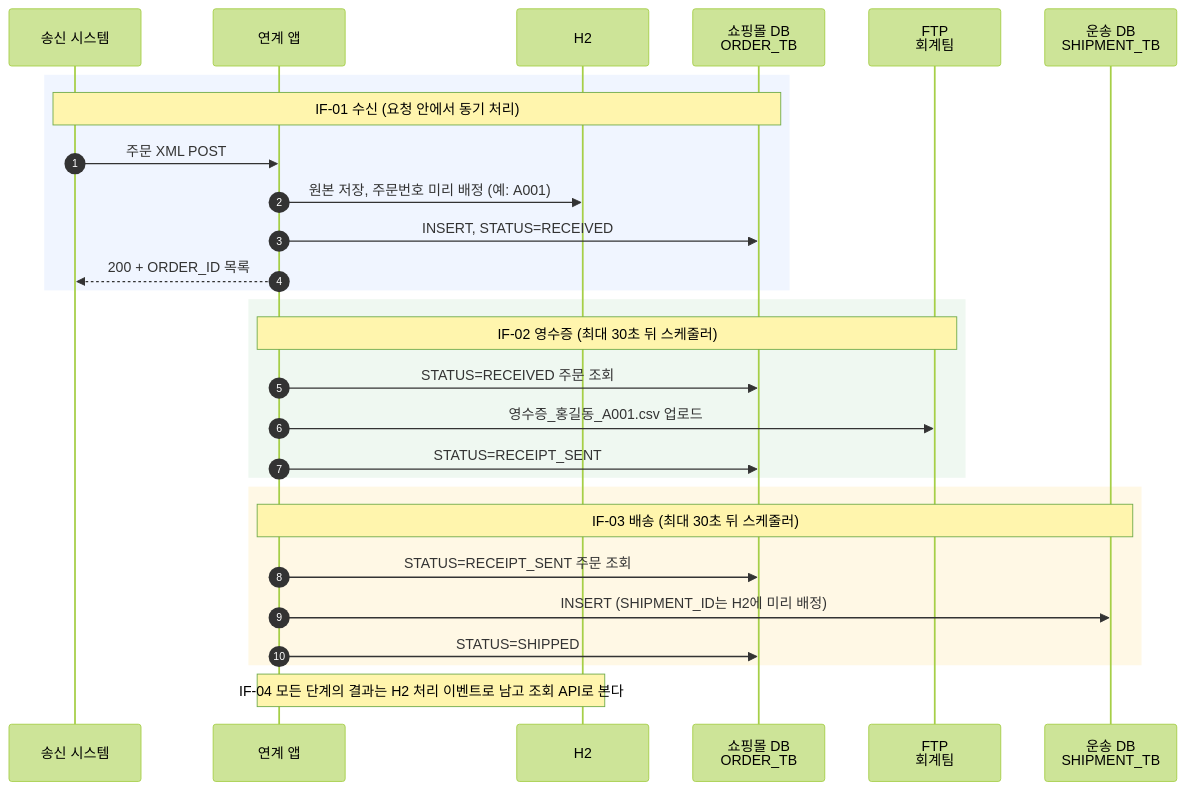
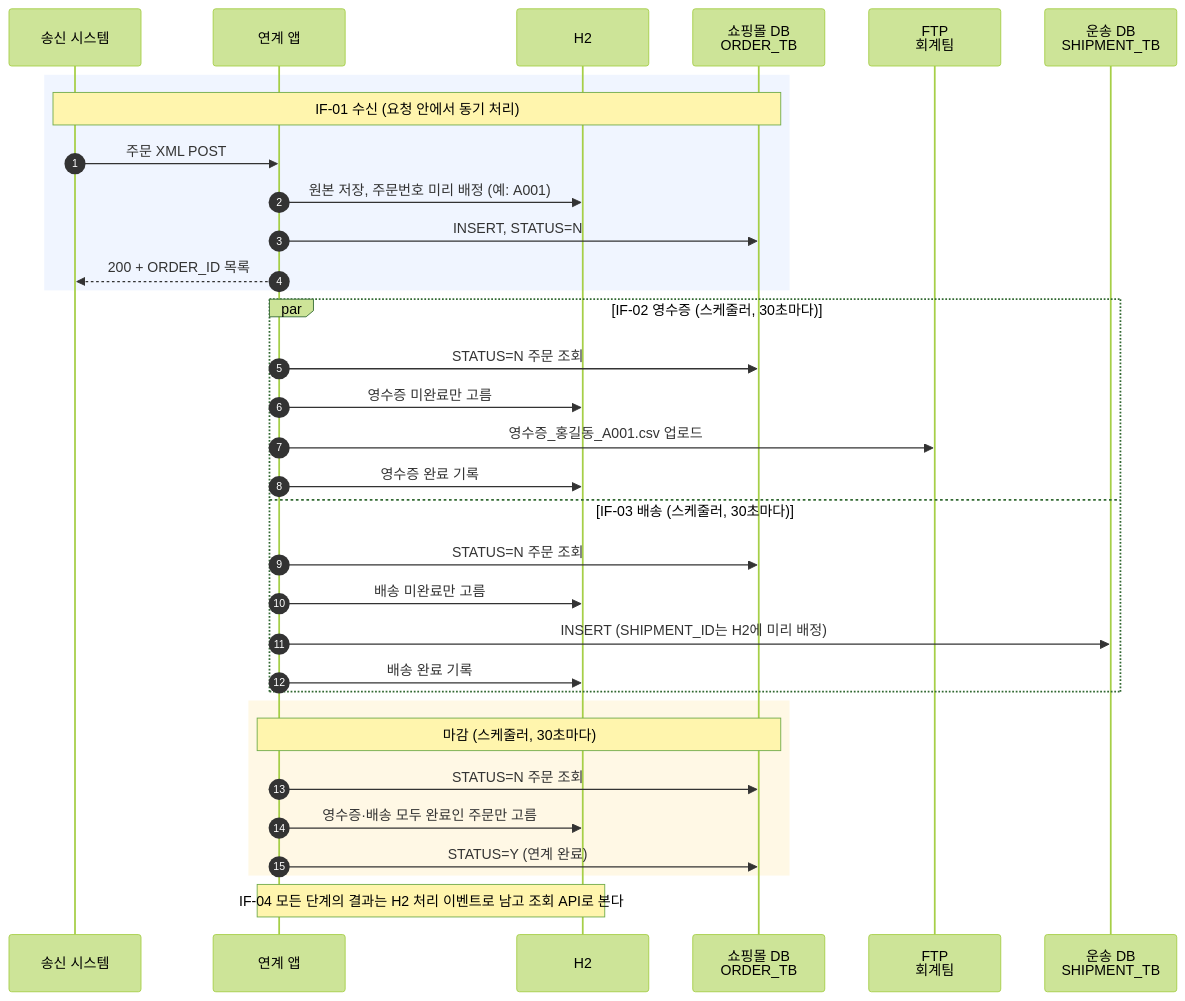
Before and after one commit to milkkwong2/inspien-assignment: the first of 21 diagrams in docs/design.md, drawn with Mermaid (forest theme). The commit also changed other lines of this file and 2 other files, not shown here.

First line of the commit message:
docs: STATUS N/Y 재설계와 공통 시각 필드 (D-26, D-27)

````diff
--- a/docs/design.md
+++ b/docs/design.md
@@ -15,34 +15,39 @@
 ```mermaid
 sequenceDiagram
     autonumber
     participant S as 송신 시스템
     participant A as 연계 앱
     participant H as H2
     participant O as 쇼핑몰 DB<br/>ORDER_TB
     participant F as FTP<br/>회계팀
     participant T as 운송 DB<br/>SHIPMENT_TB
 
     rect rgba(66, 133, 244, 0.08)
     Note over S,O: IF-01 수신 (요청 안에서 동기 처리)
     S->>A: 주문 XML POST
     A->>H: 원본 저장, 주문번호 미리 배정 (예: A001)
-    A->>O: INSERT, STATUS=RECEIVED
+    A->>O: INSERT, STATUS=N
     A-->>S: 200 + ORDER_ID 목록
     end
 
-    rect rgba(52, 168, 83, 0.08)
-    Note over A,F: IF-02 영수증 (최대 30초 뒤 스케줄러)
-    A->>O: STATUS=RECEIVED 주문 조회
+    par IF-02 영수증 (스케줄러, 30초마다)
+    A->>O: STATUS=N 주문 조회
+    A->>H: 영수증 미완료만 고름
     A->>F: 영수증_홍길동_A001.csv 업로드
-    A->>O: STATUS=RECEIPT_SENT
+    A->>H: 영수증 완료 기록
+    and IF-03 배송 (스케줄러, 30초마다)
+    A->>O: STATUS=N 주문 조회
+    A->>H: 배송 미완료만 고름
+    A->>T: INSERT (SHIPMENT_ID는 H2에 미리 배정)
+    A->>H: 배송 완료 기록
     end
 
     rect rgba(251, 188, 4, 0.10)
-    Note over A,T: IF-03 배송 (최대 30초 뒤 스케줄러)
-    A->>O: STATUS=RECEIPT_SENT 주문 조회
-    A->>T: INSERT (SHIPMENT_ID는 H2에 미리 배정)
-    A->>O: STATUS=SHIPPED
+    Note over A,O: 마감 (스케줄러, 30초마다)
+    A->>O: STATUS=N 주문 조회
+    A->>H: 영수증·배송 모두 완료인 주문만 고름
+    A->>O: STATUS=Y (연계 완료)
     end
 
     Note over A,H: IF-04 모든 단계의 결과는 H2 처리 이벤트로 남고 조회 API로 본다
 ```
````
